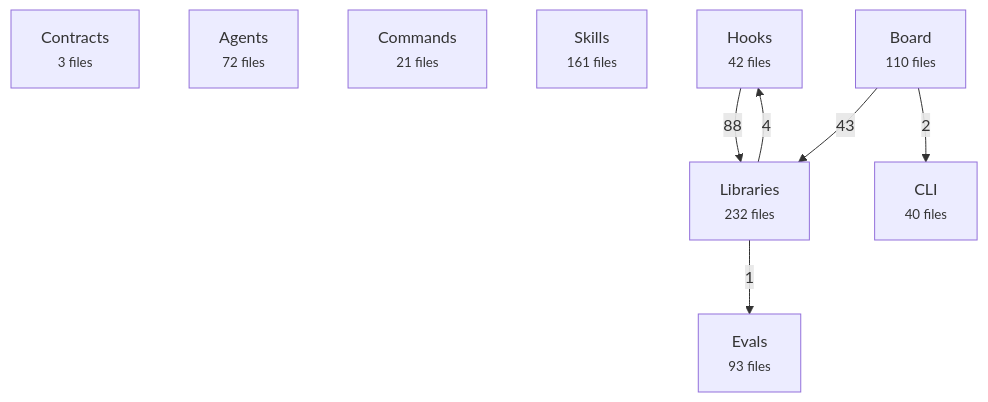
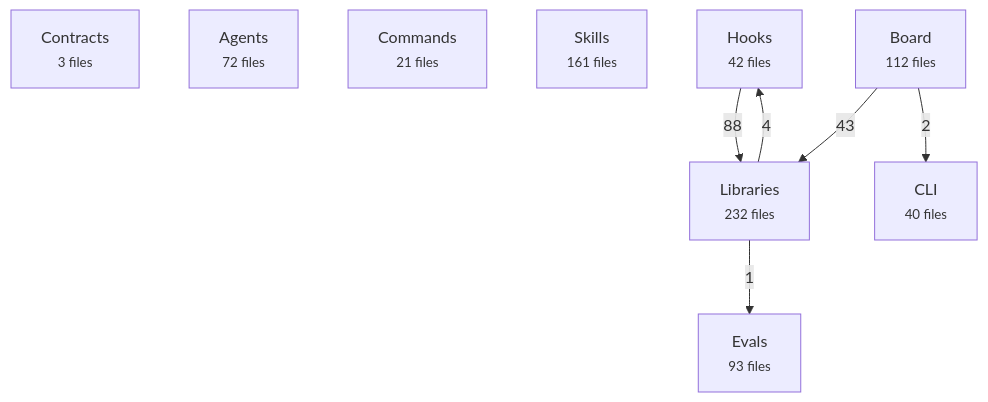
Before and after one commit to avelikiy/great_cto: the first of 2 diagrams in docs/reference/architecture-map.md, drawn with Mermaid. The commit also changed other lines of this file and 5 other files, not shown here.

````diff
--- a/docs/reference/architecture-map.md
+++ b/docs/reference/architecture-map.md
@@ -20,17 +20,17 @@
 ```mermaid
 flowchart TD
   contracts["Contracts<br/><small>3 files</small>"]
   agents["Agents<br/><small>72 files</small>"]
   commands["Commands<br/><small>21 files</small>"]
   skills["Skills<br/><small>161 files</small>"]
   hooks["Hooks<br/><small>42 files</small>"]
   libs["Libraries<br/><small>232 files</small>"]
-  board["Board<br/><small>110 files</small>"]
+  board["Board<br/><small>112 files</small>"]
   cli["CLI<br/><small>40 files</small>"]
   evals["Evals<br/><small>93 files</small>"]
   hooks -->|88| libs
   board -->|43| libs
   libs -->|4| hooks
   board -->|2| cli
   libs -->|1| evals
 ```
````
